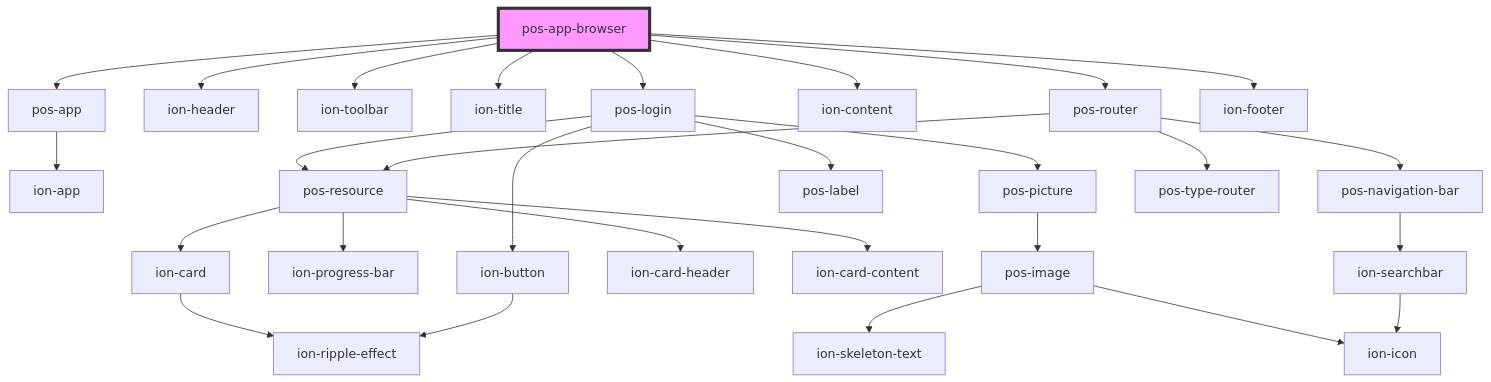
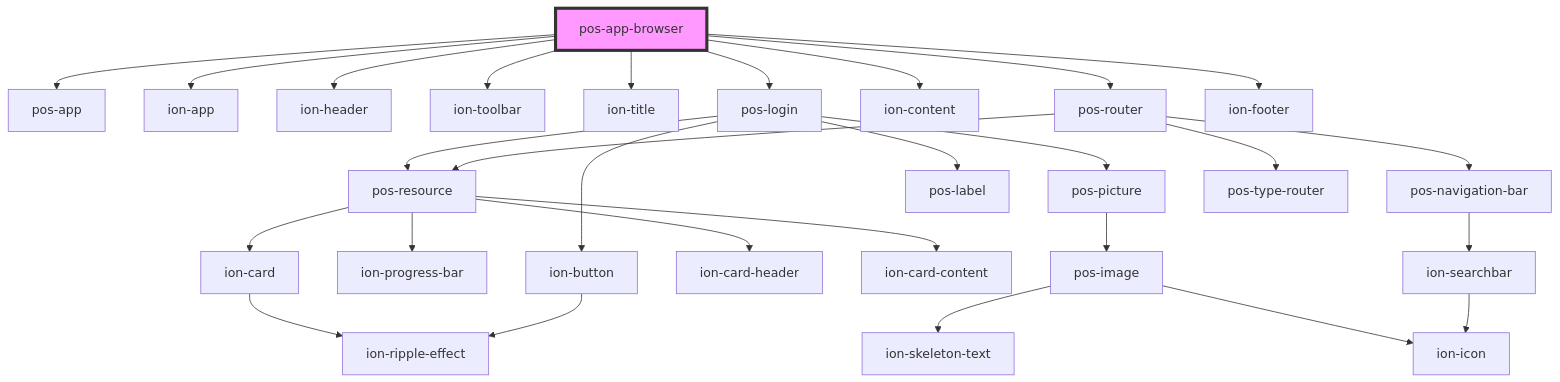
Before and after one commit to pod-os/PodOS: the diagram in docs/elements/apps/pos-app-browser/readme.md, drawn with Mermaid. The commit also changed other lines of this file and 9 other files, not shown here.

Commit message:
feat: decouple pos-app and ion-app to allow usage without ionic

````diff
--- a/docs/elements/apps/pos-app-browser/readme.md
+++ b/docs/elements/apps/pos-app-browser/readme.md
@@ -22,31 +23,31 @@
 ```mermaid
 graph TD;
   pos-app-browser --> pos-app
+  pos-app-browser --> ion-app
   pos-app-browser --> ion-header
   pos-app-browser --> ion-toolbar
   pos-app-browser --> ion-title
   pos-app-browser --> pos-login
   pos-app-browser --> ion-content
   pos-app-browser --> pos-router
   pos-app-browser --> ion-footer
-  pos-app --> ion-app
   pos-login --> pos-resource
   pos-login --> pos-picture
   pos-login --> pos-label
   pos-login --> ion-button
   pos-resource --> ion-progress-bar
   pos-resource --> ion-card
   pos-resource --> ion-card-header
   pos-resource --> ion-card-content
   ion-card --> ion-ripple-effect
   pos-picture --> pos-image
   pos-image --> ion-skeleton-text
   pos-image --> ion-icon
   ion-button --> ion-ripple-effect
   pos-router --> pos-navigation-bar
   pos-router --> pos-resource
   pos-router --> pos-type-router
   pos-navigation-bar --> ion-searchbar
   ion-searchbar --> ion-icon
   style pos-app-browser fill:#f9f,stroke:#333,stroke-width:4px
 ```
````
